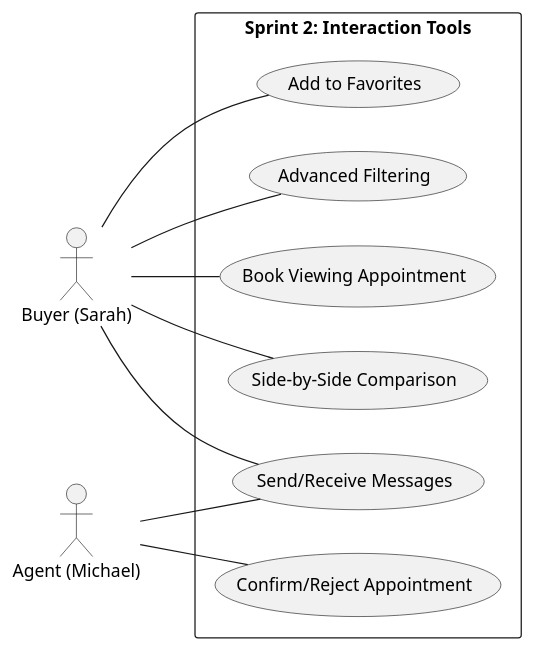
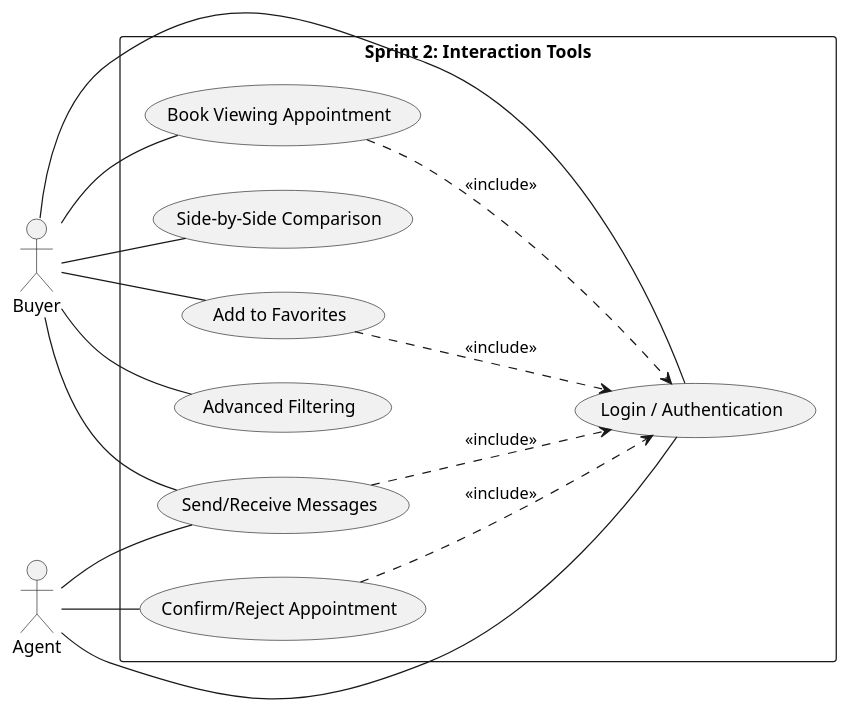
Before and after one commit to AZIZ-Soufiane/PropertyHub-PFE: the diagram in UseCase/Sprint2_UseCase.puml, drawn with PlantUML. The commit also changed 3 other files, not shown here.

```diff
--- a/UseCase/Sprint2_UseCase.puml
+++ b/UseCase/Sprint2_UseCase.puml
@@ -1,25 +1,37 @@
 @startuml
 left to right direction
 skinparam shadowing false
 
-actor "Buyer (Sarah)" as Client
-actor "Agent (Michael)" as Agent
+actor "Buyer" as Client
+actor "Agent" as Agent
 
 rectangle "Sprint 2: Interaction Tools" {
+    (Login / Authentication) as UC_Auth
     (Book Viewing Appointment) as UC_Book
     (Confirm/Reject Appointment) as UC_Confirm
     (Side-by-Side Comparison) as UC_Compare
     (Add to Favorites) as UC_Fav
     (Send/Receive Messages) as UC_Msg
     (Advanced Filtering) as UC_Filter
 }
 
+' Buyer Actions
+Client -- UC_Auth
 Client -- UC_Book
 Client -- UC_Compare
 Client -- UC_Fav
 Client -- UC_Msg
 Client -- UC_Filter
 
+' Agent Actions
+Agent -- UC_Auth
 Agent -- UC_Confirm
 Agent -- UC_Msg
+
+' Security Requirements
+UC_Book    ..> UC_Auth : <<include>>
+UC_Fav     ..> UC_Auth : <<include>>
+UC_Msg     ..> UC_Auth : <<include>>
+UC_Confirm ..> UC_Auth : <<include>>
+
 @enduml
```
